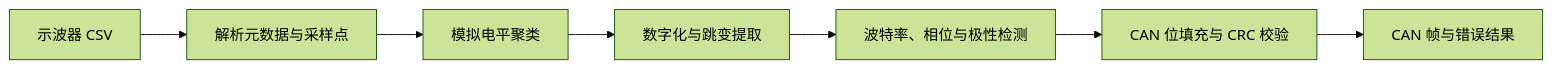
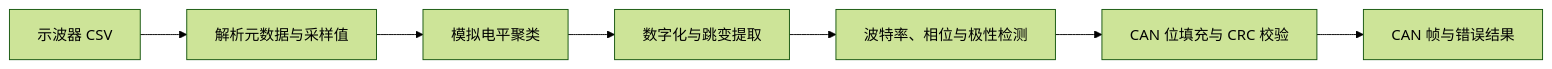
The diagram in README.md (BakeSheep/CAN-Analyzer), drawn with Mermaid (forest theme) before and after one commit. The commit also changed other lines of this file and 2 other files, not shown here.

````diff
--- a/README.md
+++ b/README.md
@@ -33,9 +63,9 @@
 ```mermaid
 flowchart LR
-    A["示波器 CSV"] --> B["解析元数据与采样点"]
+    A["示波器 CSV"] --> B["解析元数据与采样值"]
     B --> C["模拟电平聚类"]
     C --> D["数字化与跳变提取"]
     D --> E["波特率、相位与极性检测"]
     E --> F["CAN 位填充与 CRC 校验"]
     F --> G["CAN 帧与错误结果"]
 ```
````
